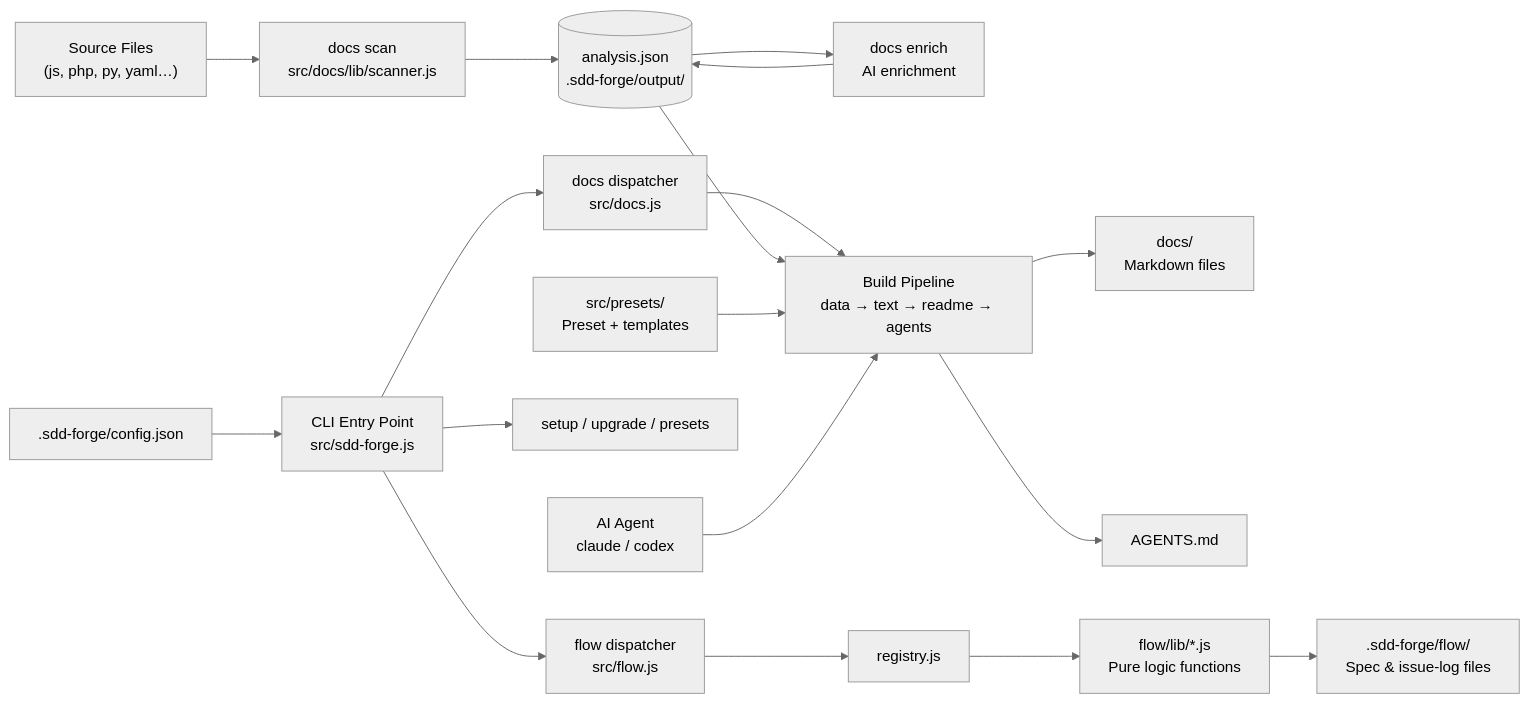
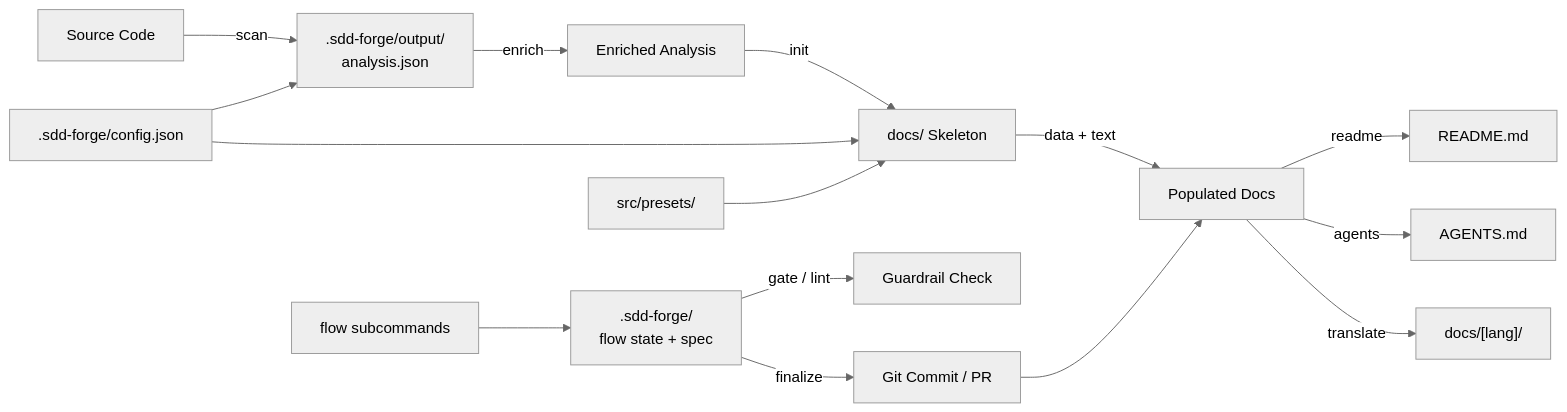
The second of 2 diagrams in docs/overview.md (SpreadWorks/sdd-forge), drawn with Mermaid (neutral theme) before and after one commit. The commit also changed other lines of this file and 3 other files, not shown here.

````diff
--- a/docs/overview.md
+++ b/docs/overview.md
@@ -140,20 +151,17 @@
 ```mermaid
 flowchart LR
-    SRC["Source Files\n(js, php, py, yaml…)"] --> SCAN["docs scan\nsrc/docs/lib/scanner.js"]
-    SCAN --> ANALYSIS[("analysis.json\n.sdd-forge/output/")]
-    ANALYSIS --> ENRICH["docs enrich\nAI enrichment"]
-    ENRICH --> ANALYSIS
-    CFG[".sdd-forge/config.json"] --> ROUTER
-    ROUTER["CLI Entry Point\nsrc/sdd-forge.js"] --> DOCS["docs dispatcher\nsrc/docs.js"]
-    ROUTER --> FLOW["flow dispatcher\nsrc/flow.js"]
-    ROUTER --> DIRECT["setup / upgrade / presets"]
-    DOCS --> PIPELINE["Build Pipeline\ndata → text → readme → agents"]
-    ANALYSIS --> PIPELINE
-    PRESETS["src/presets/\nPreset + templates"] --> PIPELINE
-    AGENT["AI Agent\nclaude / codex"] --> PIPELINE
-    PIPELINE --> DOCOUT["docs/\nMarkdown files"]
-    PIPELINE --> AGENTSMD["AGENTS.md"]
-    FLOW --> REGISTRY["registry.js"]
-    REGISTRY --> FLOWLIB["flow/lib/*.js\nPure logic functions"]
-    FLOWLIB --> FLOWSTATE[".sdd-forge/flow/\nSpec & issue-log files"]
+    SRC["Source Code"] -->|scan| AJ[".sdd-forge/output/\nanalysis.json"]
+    AJ -->|enrich| EA["Enriched Analysis"]
+    EA -->|init| SKEL["docs/ Skeleton"]
+    SKEL -->|data + text| FILLED["Populated Docs"]
+    FILLED -->|readme| RM["README.md"]
+    FILLED -->|agents| AM["AGENTS.md"]
+    FILLED -->|translate| TR["docs/[lang]/"]
+    CFG[".sdd-forge/config.json"] --> AJ
+    CFG --> SKEL
+    PRESET["src/presets/"] --> SKEL
+    FLOW["flow subcommands"] --> SPEC[".sdd-forge/\nflow state + spec"]
+    SPEC -->|gate / lint| GR["Guardrail Check"]
+    SPEC -->|finalize| COMMIT["Git Commit / PR"]
+    COMMIT --> FILLED
 ```
````
